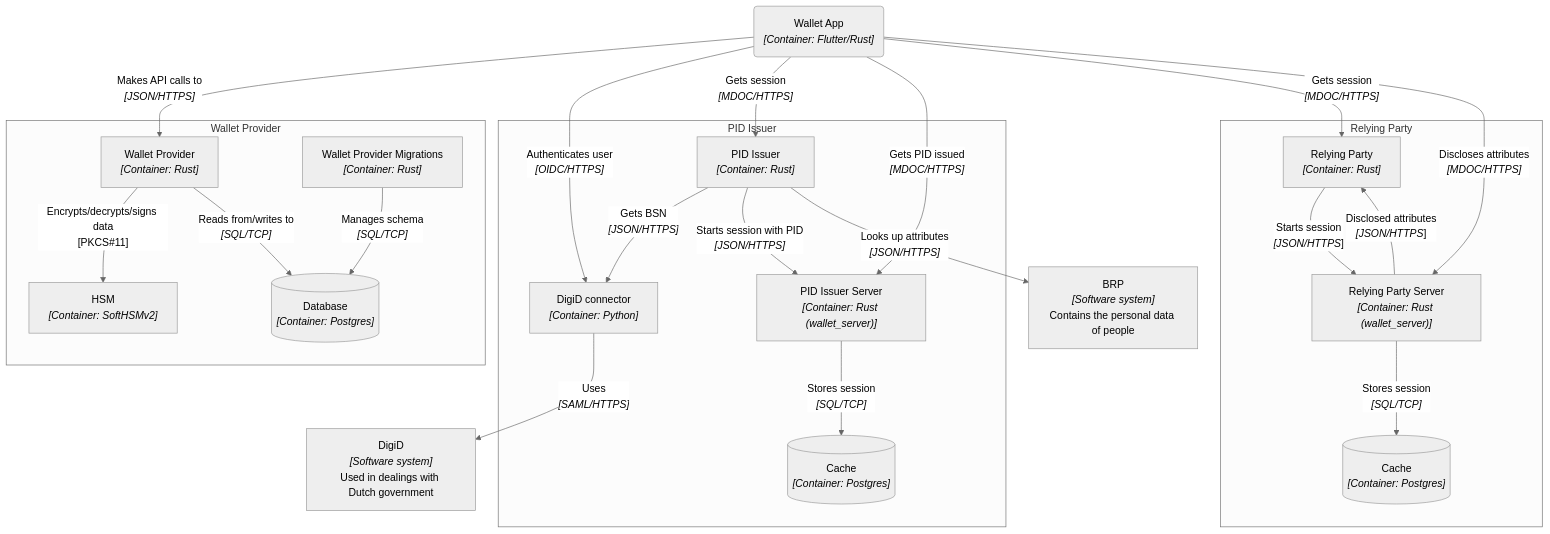
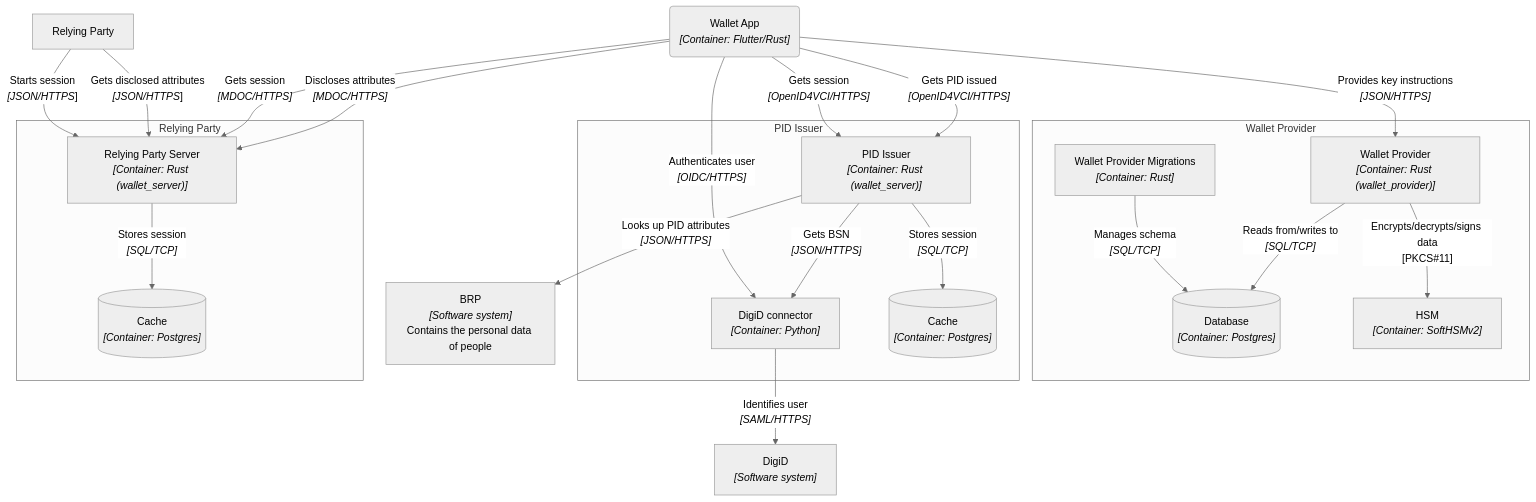
Before and after one commit to MinBZK/nl-wallet: the diagram in documentation/components.md, drawn with Mermaid (neutral theme).

Commit message:
Update components diagram

````diff
--- a/documentation/components.md
+++ b/documentation/components.md
@@ -11,7 +11,10 @@
     digid["`
         DigiD
         _[Software system]_
-        Used in dealings with Dutch government
+    `"]
+
+    relying_party["`
+        Relying Party
     `"]
 
     wallet_app("`
@@ -20,14 +23,14 @@
     `")
 
     wallet_app -- "`
-        Makes API calls to
+        Provides key instructions
         _[JSON/HTTPS]_
     `"--> wallet_provider
 
     subgraph Wallet Provider
         wallet_provider["`
             Wallet Provider
-            _[Container: Rust]_
+            _[Container: Rust (wallet_provider)]_
         `"]
         wallet_provider_migrations["`
             Wallet Provider Migrations
@@ -63,10 +66,6 @@
         `"]
         pid_issuer["`
             PID Issuer
-            _[Container: Rust]_
-        `"]
-        pid_issuer_server["`
-            PID Issuer Server
             _[Container: Rust (wallet_server)]_
         `"]
         cache[("`
@@ -79,10 +78,6 @@
             _[JSON/HTTPS]_
         `" --> digid_connector
         pid_issuer -- "`
-            Starts session with PID
-            _[JSON/HTTPS]_
-        `" --> pid_issuer_server
-        pid_issuer_server -- "`
             Stores session
             _[SQL/TCP]_
         `" --> cache
@@ -93,23 +88,10 @@
             Relying Party Server
             _[Container: Rust (wallet_server)]_
         `"]
-        relying_party["`
-            Relying Party
-            _[Container: Rust]_
-        `"]
         cache_rp[("`
             Cache
             _[Container: Postgres]_
         `")]
-
-        relying_party -- "`
-            Starts session
-            _[JSON/HTTPS_]
-        `" --> relying_party_server
-        relying_party_server -- "`
-            Disclosed attributes
-            _[JSON/HTTPS_]
-        `" --> relying_party
         relying_party_server -- "`
             Stores session
             _[SQL/TCP]_
@@ -121,29 +103,38 @@
         _[OIDC/HTTPS]_
     `" --> digid_connector
     wallet_app -- "`
-        Gets session
-        _[MDOC/HTTPS]_
+        Gets PID issued
+        _[OpenID4VCI/HTTPS]_
     `" --> pid_issuer
     wallet_app -- "`
-        Gets PID issued
-        _[MDOC/HTTPS]_
-    `" --> pid_issuer_server
+        Gets session
+        _[OpenID4VCI/HTTPS]_
+    `" --> pid_issuer
 
     digid_connector -- "`
-        Uses
+        Identifies user
         _[SAML/HTTPS]_
     `" --> digid
     pid_issuer -- "`
-        Looks up attributes
+        Looks up PID attributes
         _[JSON/HTTPS]_
     `" --> brp
 
     wallet_app -- "`
-        Gets session
-        _[MDOC/HTTPS]_
-    `" --> relying_party
-    wallet_app -- "`
         Discloses attributes
         _[MDOC/HTTPS]_
     `" --> relying_party_server
+    wallet_app -- "`
+        Gets session
+        _[MDOC/HTTPS]_
+    `" --> relying_party_server
+
+    relying_party -- "`
+        Gets disclosed attributes
+        _[JSON/HTTPS_]
+    `" --> relying_party_server
+    relying_party -- "`
+        Starts session
+        _[JSON/HTTPS_]
+    `" --> relying_party_server
 ```
````
